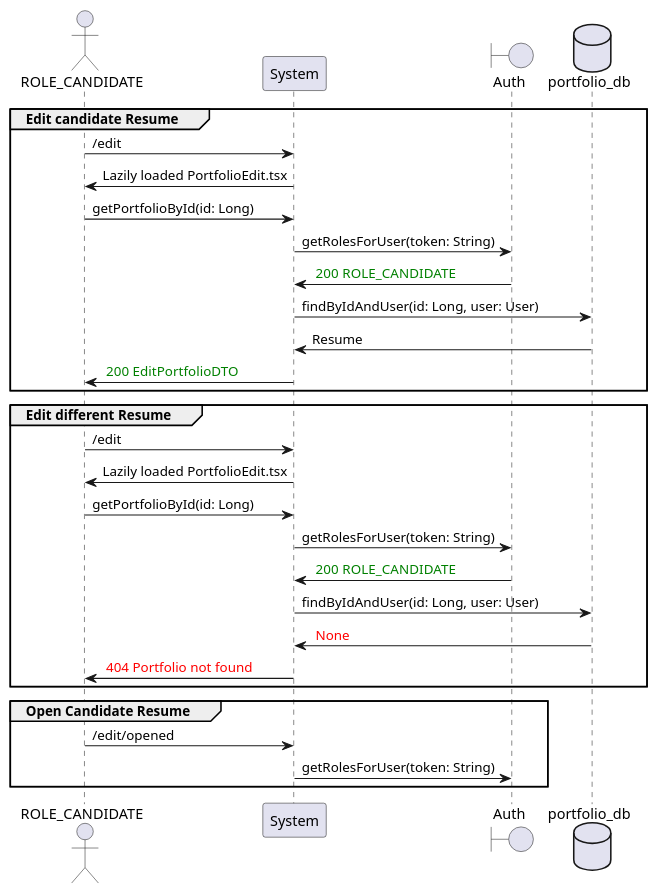
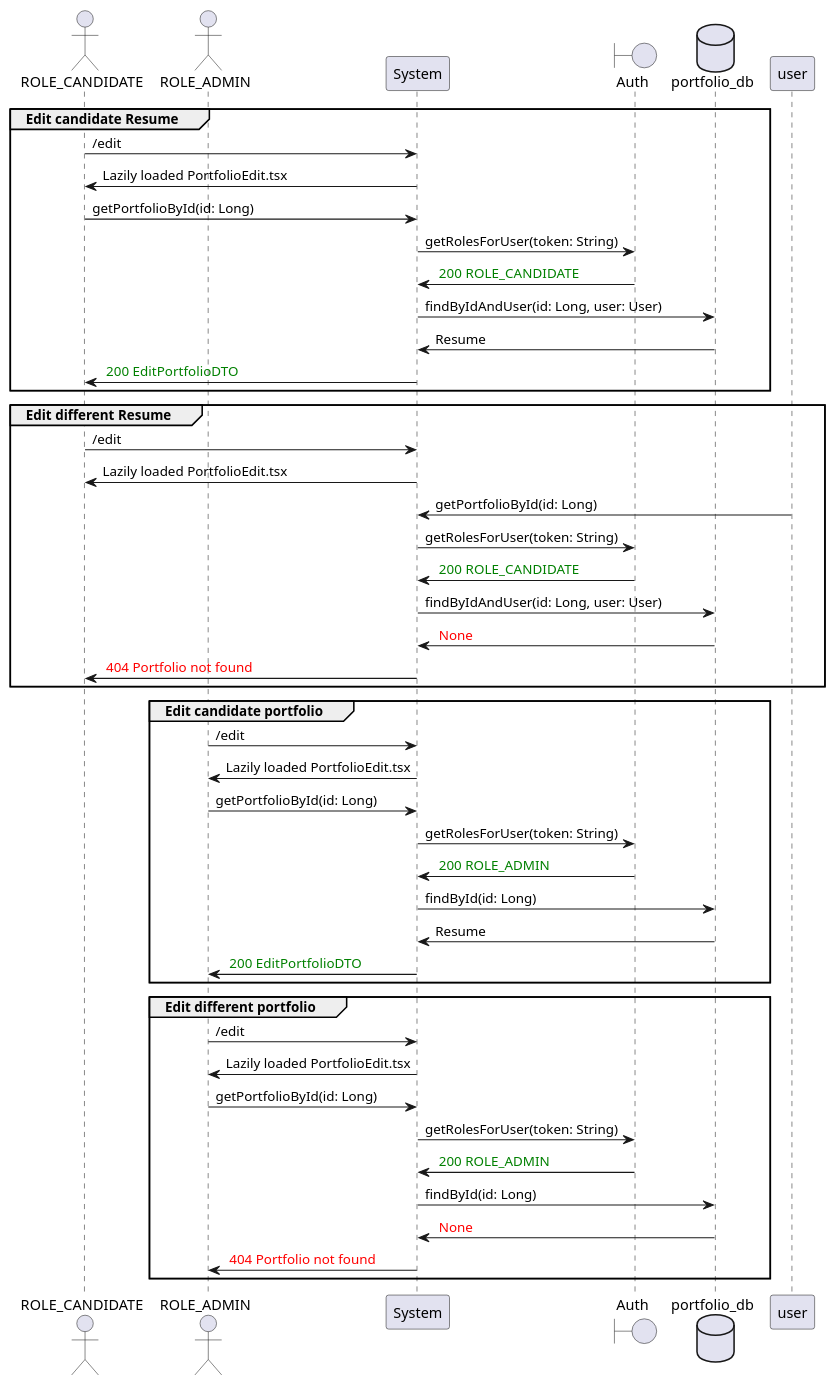
Before and after one commit to kane16/portfolio-server: the diagram in KB/Edit View/Resume Edit.md, drawn with PlantUML. The commit also changed other lines of this file and 24 other files, not shown here.

````diff
--- a/KB/Edit View/Resume Edit.md
+++ b/KB/Edit View/Resume Edit.md
@@ -4,34 +4,52 @@
 ```plantuml
-actor ROLE_CANDIDATE as user
+actor ROLE_CANDIDATE as candidate
+actor ROLE_ADMIN as admin
 participant System as system
 boundary Auth as auth
 database portfolio_db as db
 
 group Edit candidate Resume
-user -> system: /edit
-system -> user: Lazily loaded PortfolioEdit.tsx
-user -> system: getPortfolioById(id: Long)
+candidate -> system: /edit
+system -> candidate: Lazily loaded PortfolioEdit.tsx
+candidate -> system: getPortfolioById(id: Long)
 system -> auth: getRolesForUser(token: String)
 auth -> system: <font color=green> 200 ROLE_CANDIDATE
 system -> db: findByIdAndUser(id: Long, user: User)
 db -> system: Resume
-system -> user: <font color=green> 200 EditPortfolioDTO
+system -> candidate: <font color=green> 200 EditPortfolioDTO
 end
 
 group Edit different Resume
-user -> system: /edit
-system -> user: Lazily loaded PortfolioEdit.tsx
+candidate -> system: /edit
+system -> candidate: Lazily loaded PortfolioEdit.tsx
 user -> system: getPortfolioById(id: Long)
 system -> auth: getRolesForUser(token: String)
 auth -> system: <font color=green> 200 ROLE_CANDIDATE
 system -> db: findByIdAndUser(id: Long, user: User)
 db -> system:  <font color=red> None
-system -> user: <font color=red> 404 Portfolio not found
+system -> candidate: <font color=red> 404 Portfolio not found
 end
 
-group Open Candidate Resume
-user -> system: /edit/opened
+group Edit candidate portfolio
+admin -> system: /edit
+system -> admin: Lazily loaded PortfolioEdit.tsx
+admin -> system: getPortfolioById(id: Long)
 system -> auth: getRolesForUser(token: String)
+auth -> system: <font color=green> 200 ROLE_ADMIN
+system -> db: findById(id: Long)
+db -> system: Resume
+system -> admin: <font color=green> 200 EditPortfolioDTO
+end
+
+group Edit different portfolio
+admin -> system: /edit
+system -> admin: Lazily loaded PortfolioEdit.tsx
+admin -> system: getPortfolioById(id: Long)
+system -> auth: getRolesForUser(token: String)
+auth -> system: <font color=green> 200 ROLE_ADMIN
+system -> db: findById(id: Long)
+db -> system:  <font color=red> None
+system -> admin: <font color=red> 404 Portfolio not found
 end
 
 ```
````
